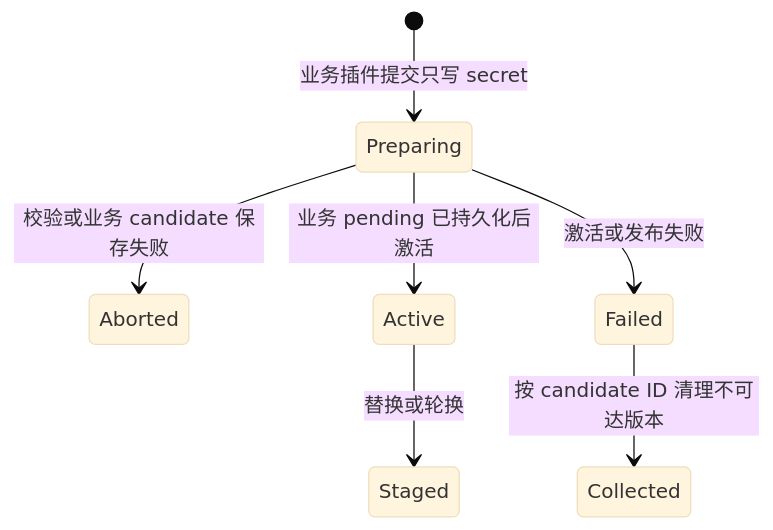
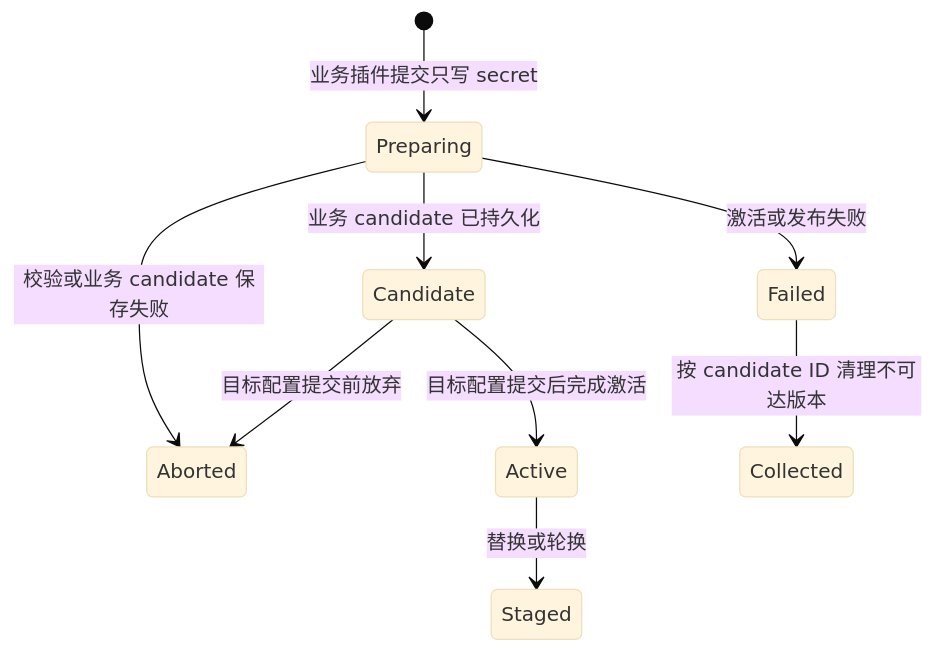
The diagram in docs/dev/architecture/插件配置与托管凭证.md (yandt/VastPlan), drawn with Mermaid (base theme) before and after one commit. The commit also changed other lines of this file and 31 other files, not shown here.

````diff
--- a/docs/dev/architecture/插件配置与托管凭证.md
+++ b/docs/dev/architecture/插件配置与托管凭证.md
@@ -63,9 +63,11 @@
 ```mermaid
 stateDiagram-v2
     [*] --> Preparing: 业务插件提交只写 secret
     Preparing --> Aborted: 校验或业务 candidate 保存失败
-    Preparing --> Active: 业务 pending 已持久化后激活
+    Preparing --> Candidate: 业务 candidate 已持久化
+    Candidate --> Active: 目标配置提交后完成激活
+    Candidate --> Aborted: 目标配置提交前放弃
     Preparing --> Failed: 激活或发布失败
     Failed --> Collected: 按 candidate ID 清理不可达版本
     Active --> Staged: 替换或轮换
 ```
````
